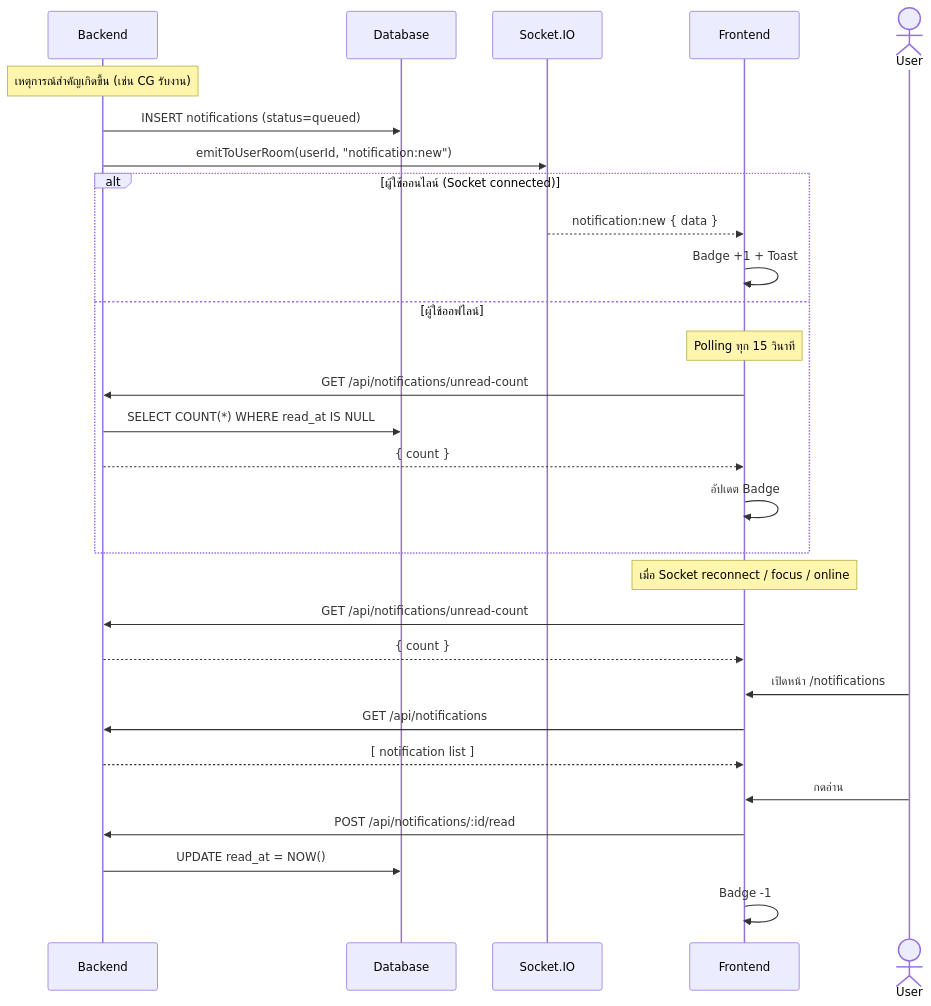
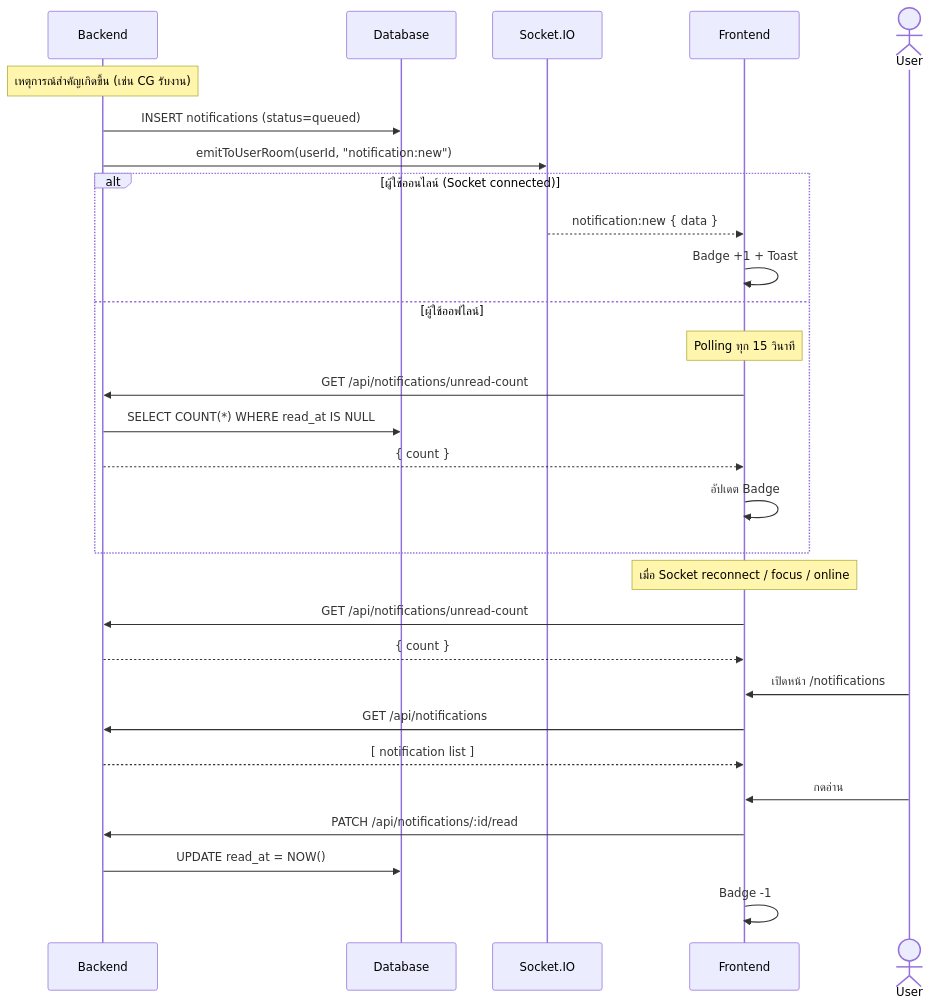
Diagram 14 of 16 in THESIS_CONTENT_CH3_PART3.md (SakdaRt/Careconnect), drawn with Mermaid before and after one commit. The commit also changed other lines of this file and 3 other files, not shown here.

````diff
--- a/THESIS_CONTENT_CH3_PART3.md
+++ b/THESIS_CONTENT_CH3_PART3.md
@@ -1015,31 +1053,31 @@
 ```mermaid
 sequenceDiagram
     participant BE as Backend
     participant DB as Database
     participant SIO as Socket.IO
     participant FE as Frontend
     actor User
     Note over BE: เหตุการณ์สำคัญเกิดขึ้น (เช่น CG รับงาน)
     BE->>DB: INSERT notifications (status=queued)
     BE->>SIO: emitToUserRoom(userId, "notification:new")
     alt ผู้ใช้ออนไลน์ (Socket connected)
         SIO-->>FE: notification:new { data }
         FE->>FE: Badge +1 + Toast
     else ผู้ใช้ออฟไลน์
         Note over FE: Polling ทุก 15 วินาที
         FE->>BE: GET /api/notifications/unread-count
         BE->>DB: SELECT COUNT(*) WHERE read_at IS NULL
         BE-->>FE: { count }
         FE->>FE: อัปเดต Badge
     end
     Note over FE: เมื่อ Socket reconnect / focus / online
     FE->>BE: GET /api/notifications/unread-count
     BE-->>FE: { count }
     User->>FE: เปิดหน้า /notifications
     FE->>BE: GET /api/notifications
     BE-->>FE: [ notification list ]
     User->>FE: กดอ่าน
-    FE->>BE: POST /api/notifications/:id/read
+    FE->>BE: PATCH /api/notifications/:id/read
     BE->>DB: UPDATE read_at = NOW()
     FE->>FE: Badge -1
 ```
````
